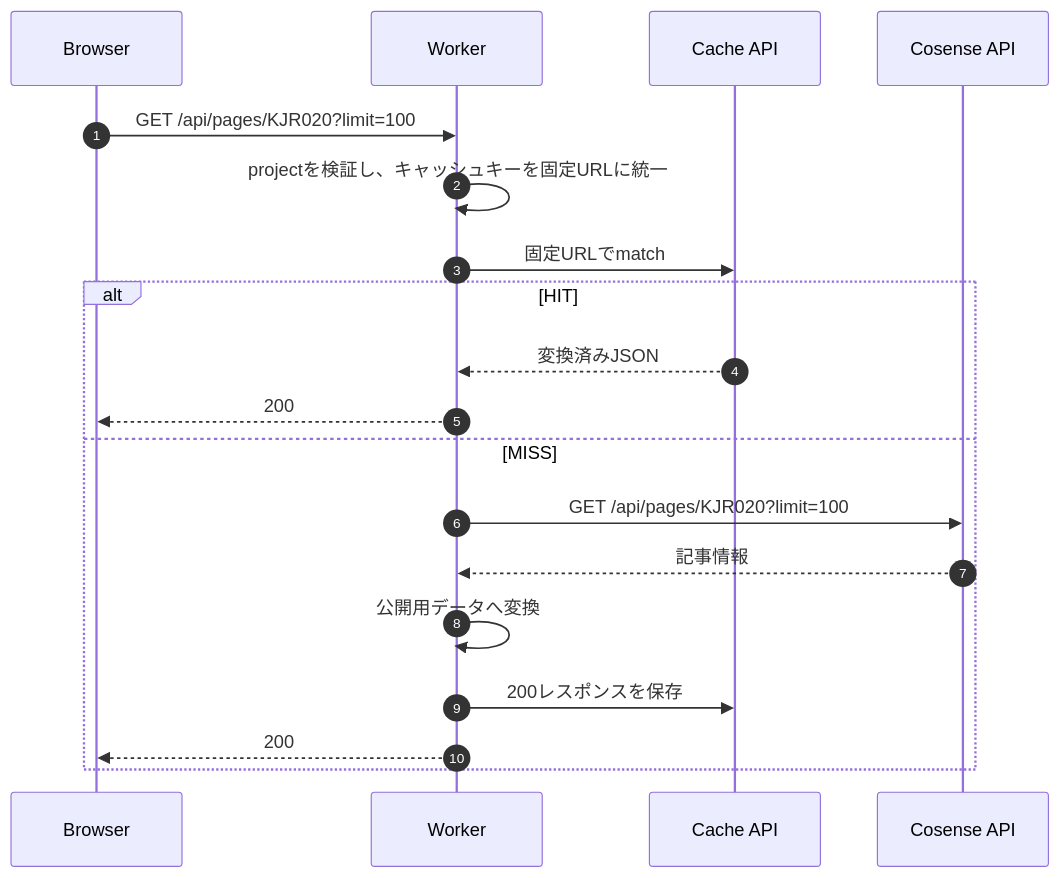
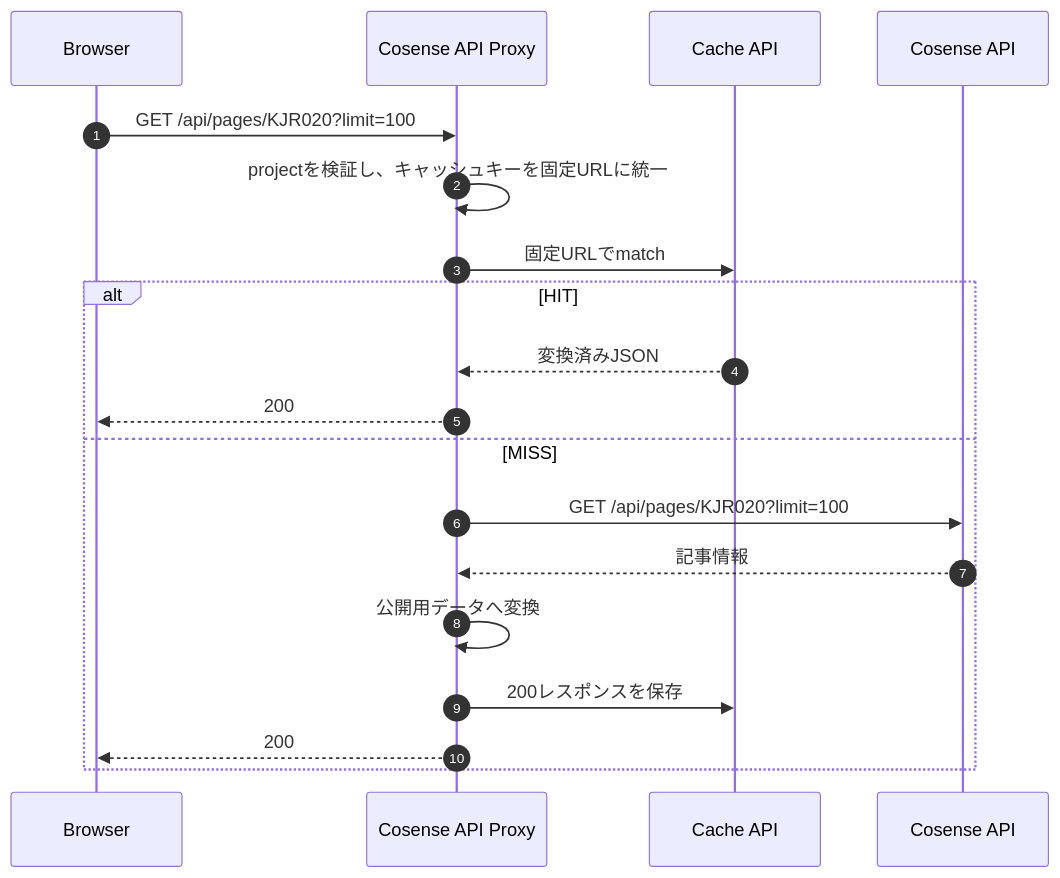
The diagram in docs/architecture/cosense-api-proxy.md (KJR020/kjr020-blog), drawn with Mermaid before and after one commit. The commit also changed other lines of this file and 6 other files, not shown here.

````diff
--- a/docs/architecture/cosense-api-proxy.md
+++ b/docs/architecture/cosense-api-proxy.md
@@ -16,22 +16,22 @@
 ```mermaid
 sequenceDiagram
     autonumber
     participant Browser
-    participant Function as Worker
+    participant Function as Cosense API Proxy
     participant Cache as Cache API
     participant Cosense as Cosense API
 
     Browser->>Function: GET /api/pages/KJR020?limit=100
     Function->>Function: projectを検証し、キャッシュキーを固定URLに統一
     Function->>Cache: 固定URLでmatch
     alt HIT
         Cache-->>Function: 変換済みJSON
         Function-->>Browser: 200
     else MISS
         Function->>Cosense: GET /api/pages/KJR020?limit=100
         Cosense-->>Function: 記事情報
         Function->>Function: 公開用データへ変換
         Function->>Cache: 200レスポンスを保存
         Function-->>Browser: 200
     end
 ```
````
